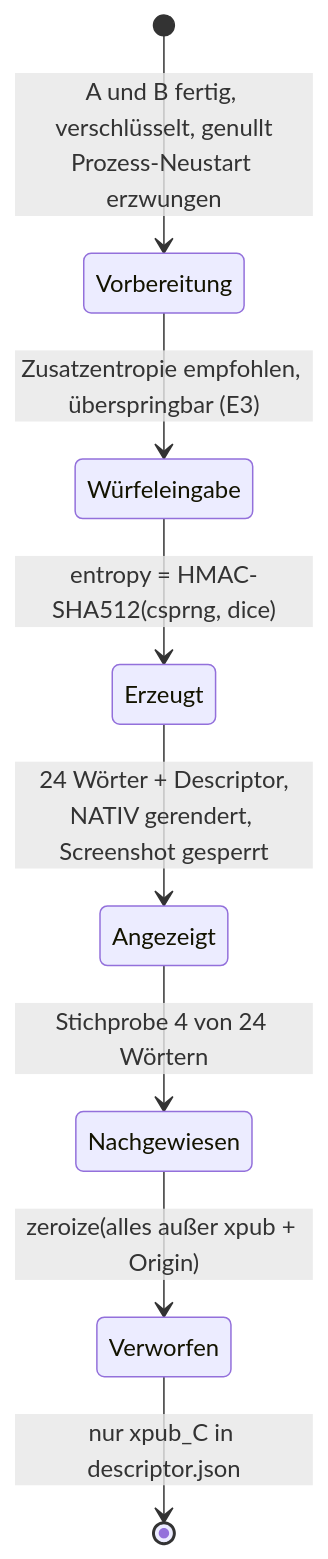
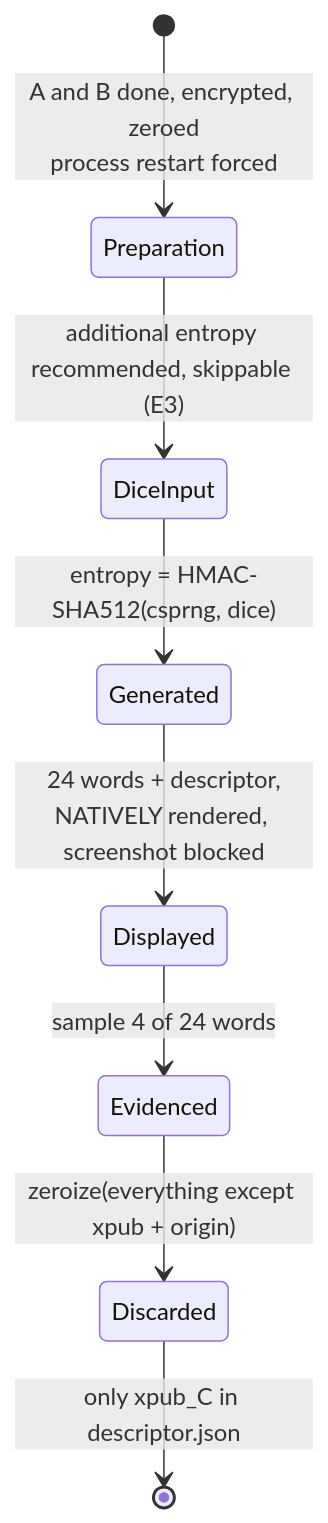
The third of 9 diagrams in docs/SPECIFICATION.md (joshuakrueger-dfx/Bitcoin-Trinity), drawn with Mermaid before and after one commit. The commit also changed other lines of this file and 28 other files, not shown here.

````diff
--- a/docs/SPECIFICATION.md
+++ b/docs/SPECIFICATION.md
@@ -994,10 +994,10 @@
 ```mermaid
 stateDiagram-v2
-    [*] --> Vorbereitung: A und B fertig, verschlüsselt, genullt<br/>Prozess-Neustart erzwungen
-    Vorbereitung --> Würfeleingabe: Zusatzentropie empfohlen, überspringbar (E3)
-    Würfeleingabe --> Erzeugt: entropy = HMAC-SHA512(csprng, dice)
-    Erzeugt --> Angezeigt: 24 Wörter + Descriptor,<br/>NATIV gerendert, Screenshot gesperrt
-    Angezeigt --> Nachgewiesen: Stichprobe 4 von 24 Wörtern
-    Nachgewiesen --> Verworfen: zeroize(alles außer xpub + Origin)
-    Verworfen --> [*]: nur xpub_C in descriptor.json
+    [*] --> Preparation: A and B done, encrypted, zeroed<br/>process restart forced
+    Preparation --> DiceInput: additional entropy recommended, skippable (E3)
+    DiceInput --> Generated: entropy = HMAC-SHA512(csprng, dice)
+    Generated --> Displayed: 24 words + descriptor,<br/>NATIVELY rendered, screenshot blocked
+    Displayed --> Evidenced: sample 4 of 24 words
+    Evidenced --> Discarded: zeroize(everything except xpub + origin)
+    Discarded --> [*]: only xpub_C in descriptor.json
 ```
````
